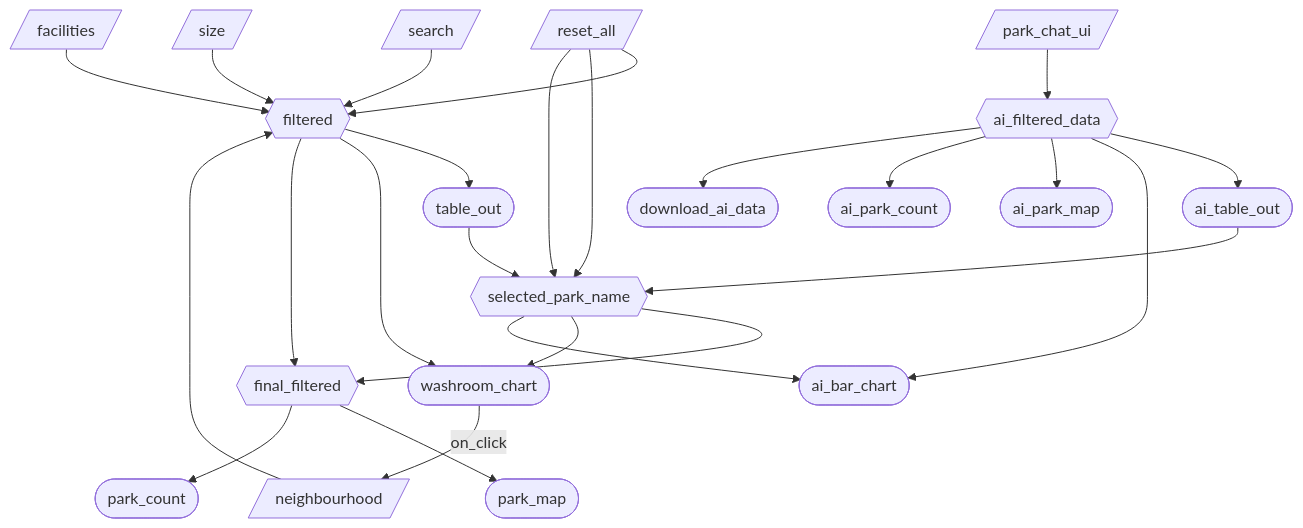
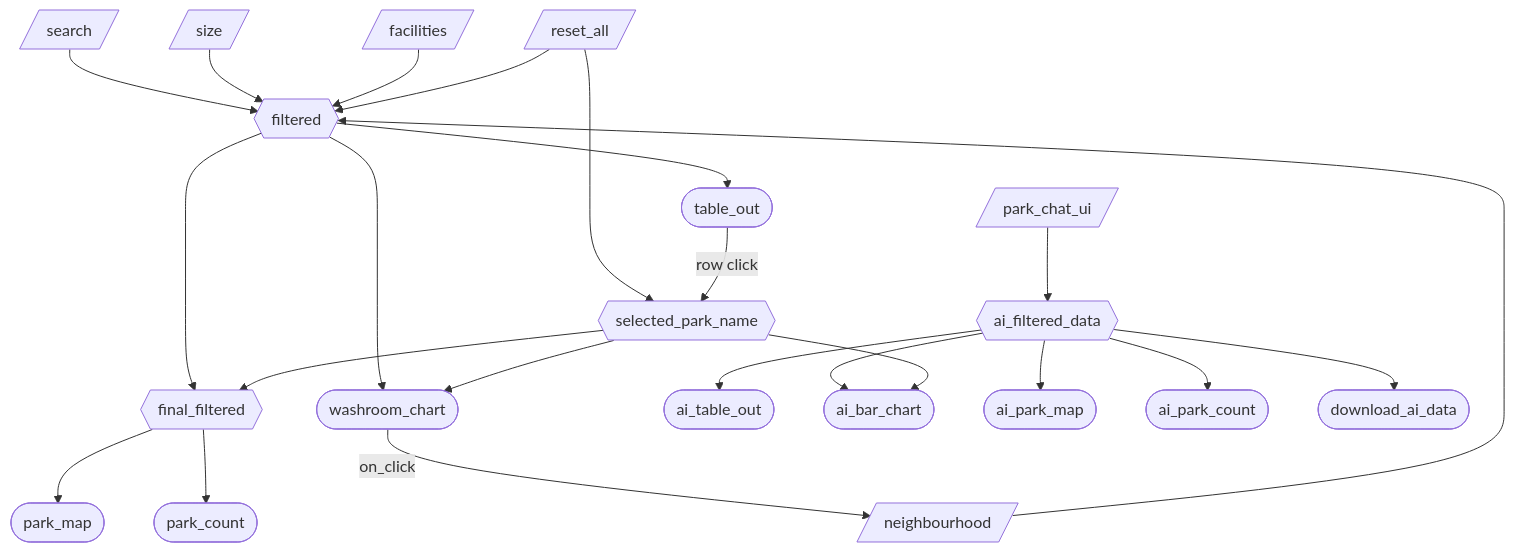
Before and after one commit to UBC-MDS/DSCI-532_2026_3_vancouver_park_dashboard: the diagram in reports/m4_specifications.md, drawn with Mermaid. The commit also changed other lines of this file, not shown here.

Commit message:
updated reactivity diagram

````diff
--- a/reports/m4_specifications.md
+++ b/reports/m4_specifications.md
@@ -59,32 +47,30 @@
 ```mermaid
 flowchart TD
   A[/search/] --> F{{filtered}}
   B[/neighbourhood/] --> F
   C[/size/] --> F
   D[/facilities/] --> F
   R[/reset_all/] --> F
   R --> S
 
   F --> P1([table_out])
   F --> P2([washroom_chart])
   F --> FF{{final_filtered}}
 
-  P1 --> S{{selected_park_name}}
-  AP1 --> S
+  P1 -- row click --> S{{selected_park_name}}
   P2 -- on_click --> B
-  R --> S
 
   S --> FF
   S --> P2
 
   FF --> P3([park_map])
   FF --> P4([park_count])
 
   Q[/park_chat_ui/] --> AI{{ai_filtered_data}}
   AI --> AP1([ai_table_out])
   AI --> AP2([ai_bar_chart])
   AI --> AP3([ai_park_map])
   AI --> AP4([ai_park_count])
   AI --> AP5([download_ai_data])
   S --> AP2
 ```
````
